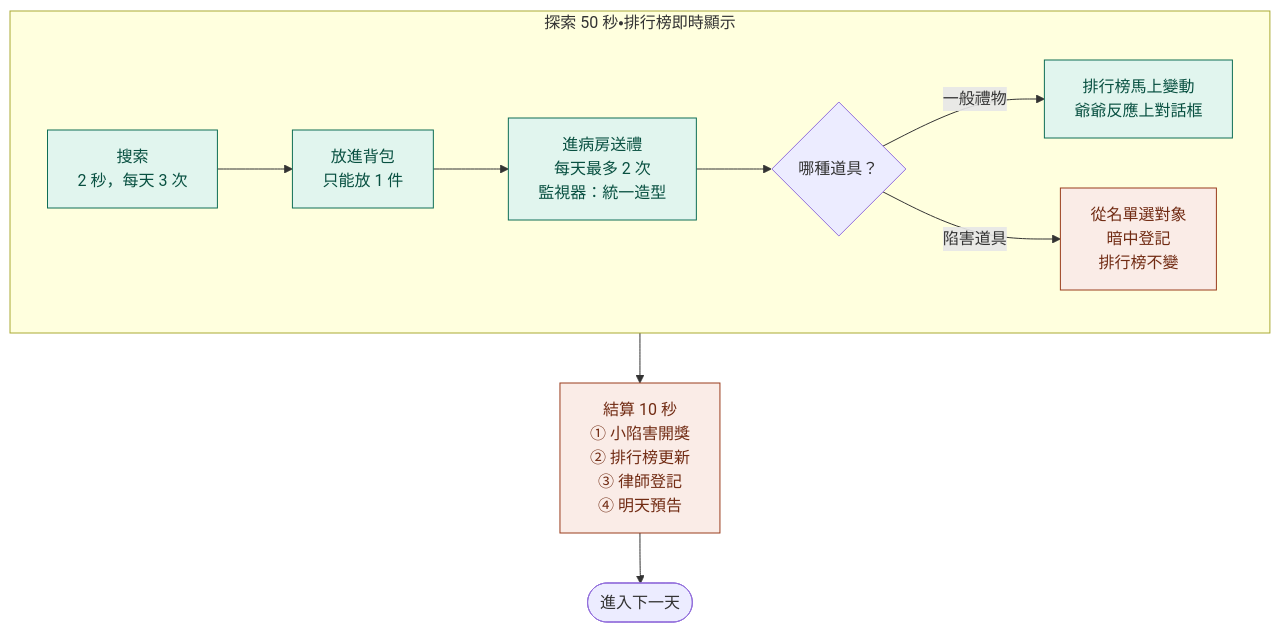
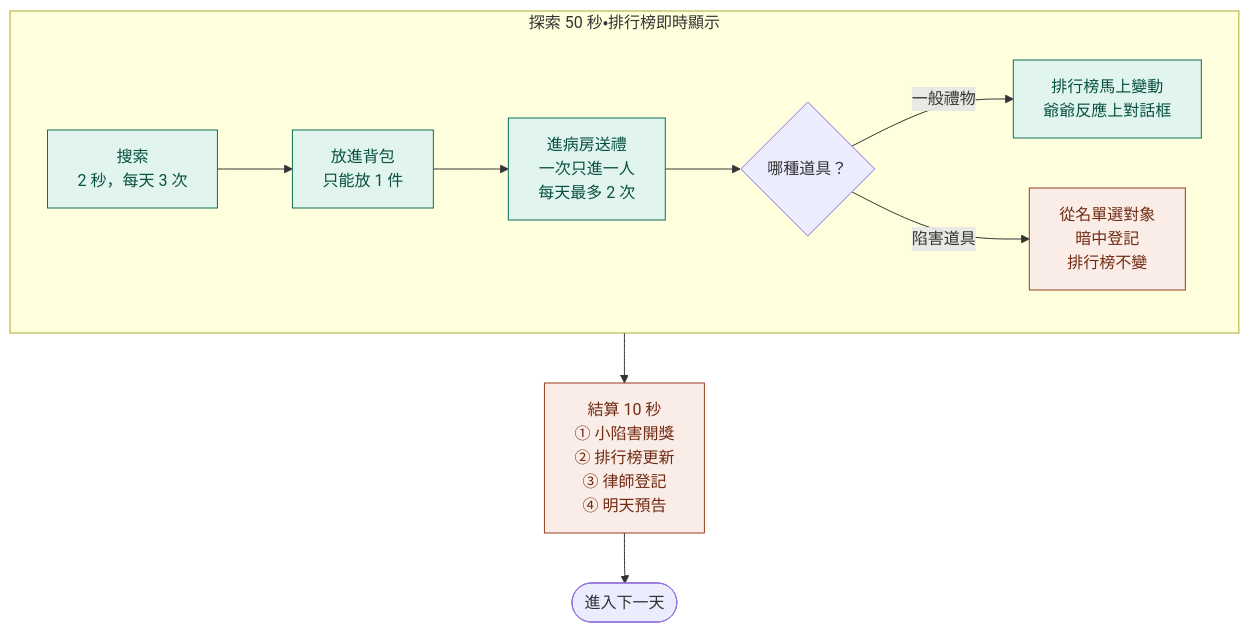
One commit to wl01256060/grandpa-not-dead changed the second of 3 diagrams in docs/1-preproduction/flow.md. Above: the diagram before and after it, drawn with Mermaid. The commit also changed other lines of this file and 20 other files, not shown here.

````diff
--- a/docs/1-preproduction/flow.md
+++ b/docs/1-preproduction/flow.md
@@ -27,16 +27,16 @@
 ```mermaid
 flowchart TD
   subgraph EX ["探索 50 秒・排行榜即時顯示"]
     S["搜索<br/>2 秒，每天 3 次"] --> P["放進背包<br/>只能放 1 件"]
-    P --> W["進病房送禮<br/>每天最多 2 次<br/>監視器：統一造型"]
+    P --> W["進病房送禮<br/>一次只進一人<br/>每天最多 2 次"]
     W --> K{"哪種道具？"}
     K -- 一般禮物 --> G["排行榜馬上變動<br/>爺爺反應上對話框"]
     K -- 陷害道具 --> T["從名單選對象<br/>暗中登記<br/>排行榜不變"]
   end
   EX --> R["結算 10 秒<br/>① 小陷害開獎<br/>② 排行榜更新<br/>③ 律師登記<br/>④ 明天預告"]
   R --> N(["進入下一天"])
   class S,P,W,G act
   class T,R trap
   classDef act fill:#E1F5EE,stroke:#0F6E56,color:#085041
   classDef trap fill:#FAECE7,stroke:#993C1D,color:#712B13
 ```
````
